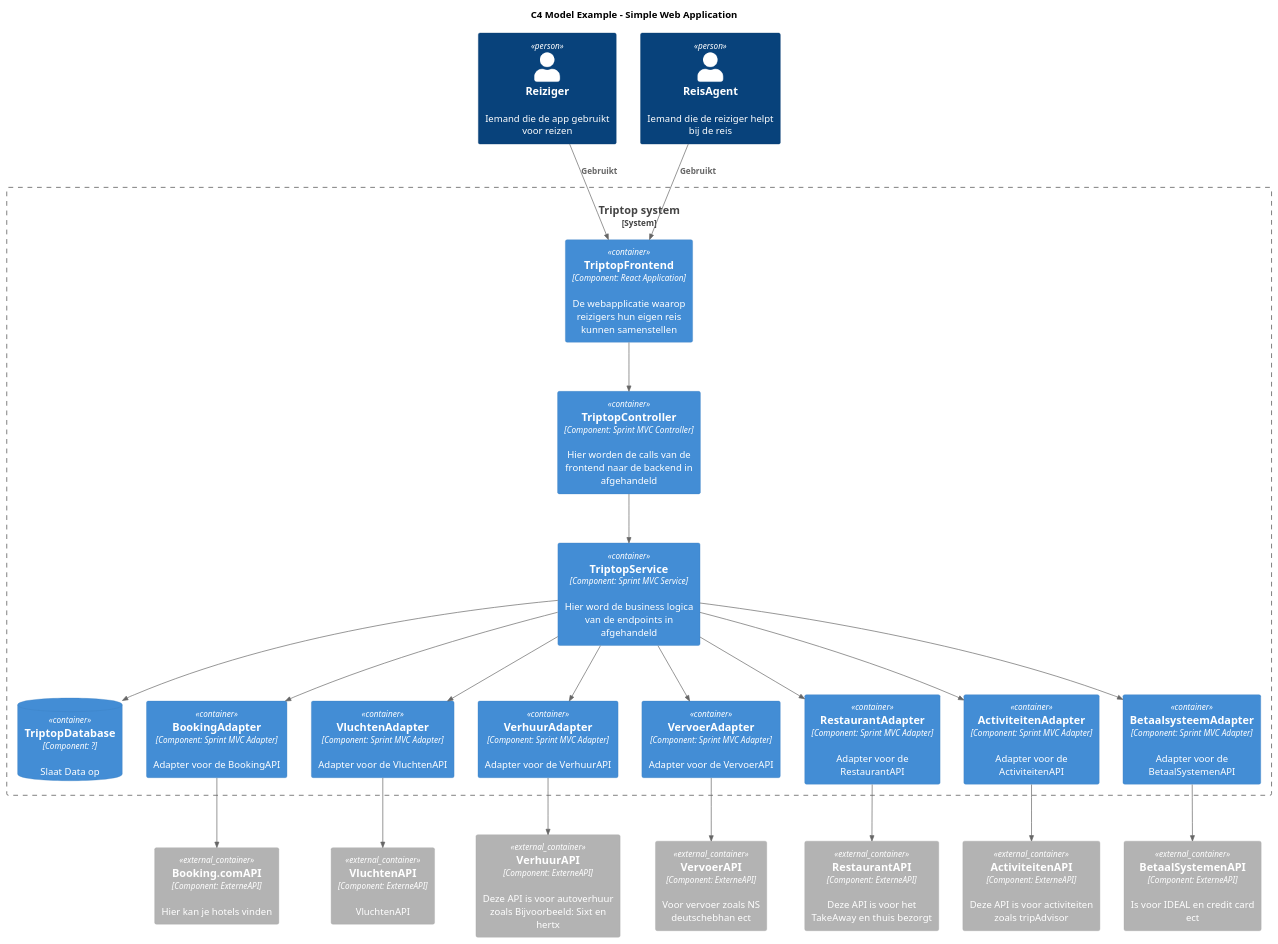
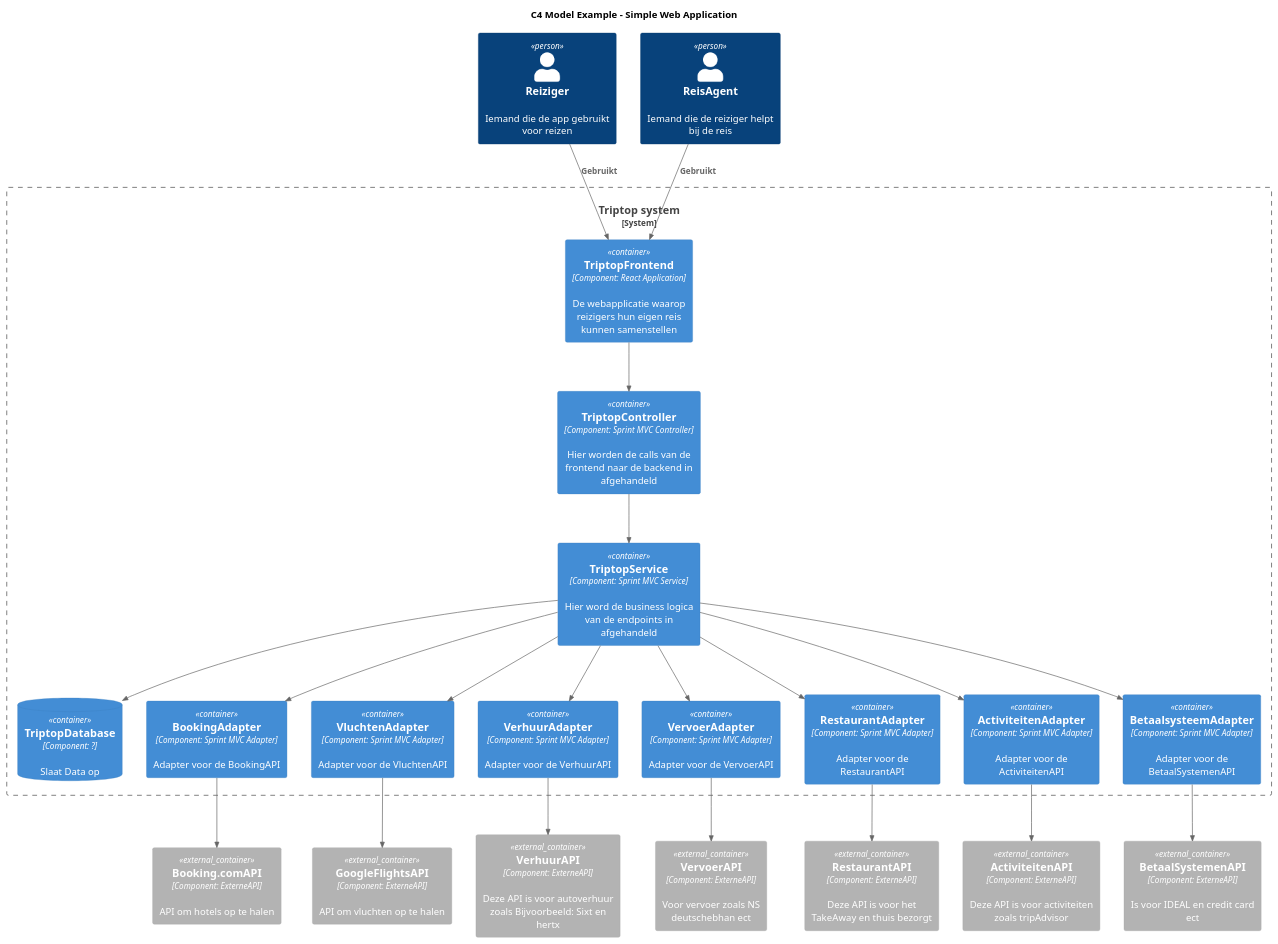
One commit to AIM-ENE-feb25/triptop-peak-performers-groep-1 changed the diagram in opdracht-diagrammen/C4-Diagrammen/C4-Component-Diagram-TripTop-Jamiro.puml. Above: the diagram before and after it, drawn with PlantUML. The commit also changed 7 other files, not shown here.

```diff
--- a/opdracht-diagrammen/C4-Diagrammen/C4-Component-Diagram-TripTop-Jamiro.puml
+++ b/opdracht-diagrammen/C4-Diagrammen/C4-Component-Diagram-TripTop-Jamiro.puml
@@ -1,87 +1,87 @@
 @startuml
 !include <C4/C4_Container>
 
 title C4 Model Example - Simple Web Application
 
 Person(Reiziger, "Reiziger", "Iemand die de app gebruikt voor reizen")
 Person(ReisAgent, "ReisAgent", "Iemand die de reiziger helpt bij de reis")
 
 
 
 System_Boundary(c3, Triptop system) {
 'frontend
 Container(TriptopFrontend,TriptopFrontend,Component: React Application,De webapplicatie waarop reizigers hun eigen reis kunnen samenstellen)
 
 'backend
 'controller
 Container(TriptopController,TriptopController,Component: Sprint MVC Controller, Hier worden de calls van de frontend naar de backend in afgehandeld)
 'service
 Container(TriptopService,TriptopService,Component: Sprint MVC Service,Hier word de business logica van de endpoints in afgehandeld)
 
 'database
 ContainerDb(db, TriptopDatabase, Component: ? , Slaat Data op)
 
 'Externe API Adapters
 Container(BookingAdapter,BookingAdapter,Component: Sprint MVC Adapter,Adapter voor de BookingAPI)
 Container(VluchtenAdapter,VluchtenAdapter,Component: Sprint MVC Adapter,Adapter voor de VluchtenAPI)
 Container(VerhuurAdapter,VerhuurAdapter,Component: Sprint MVC Adapter,Adapter voor de VerhuurAPI)
 Container(VervoerAdapter,VervoerAdapter,Component: Sprint MVC Adapter,Adapter voor de VervoerAPI)
 Container(RestaurantAdapter,RestaurantAdapter,Component: Sprint MVC Adapter,Adapter voor de RestaurantAPI)
 Container(ActiviteitenAdapter,ActiviteitenAdapter,Component: Sprint MVC Adapter,Adapter voor de ActiviteitenAPI)
 Container(BetaalsysteemAdapter,BetaalsysteemAdapter,Component: Sprint MVC Adapter,Adapter voor de BetaalSystemenAPI)
 }
 
 
 
 'Externe API's
-Container_Ext(Booking.comAPI, Booking.comAPI,Component: ExterneAPI,"Hier kan je hotels vinden")
-Container_Ext(VluchtenAPI, VluchtenAPI,Component: ExterneAPI,VluchtenAPI)
+Container_Ext(Booking.comAPI, Booking.comAPI,Component: ExterneAPI,API om hotels op te halen)
+Container_Ext(VluchtenAPI, GoogleFlightsAPI,Component: ExterneAPI,API om vluchten op te halen)
 Container_Ext(VerhuurAPI, "VerhuurAPI",Component: ExterneAPI,"Deze API is voor autoverhuur zoals Bijvoorbeeld: Sixt en hertx")
 Container_Ext(RestaurantAPI, RestaurantAPI,Component: ExterneAPI,"Deze API is voor het TakeAway en thuis bezorgt")
 Container_Ext(ActiviteitenAPI, "ActiviteitenAPI",Component: ExterneAPI,"Deze API is voor activiteiten zoals tripAdvisor")
 Container_Ext(BetaalSystemenAPI, "BetaalSystemenAPI",Component: ExterneAPI,"Is voor IDEAL en credit card ect")
 Container_Ext(VervoerAPI, "VervoerAPI",Component: ExterneAPI,"Voor vervoer zoals NS deutschebhan ect")
 
 
 
 
 
 
 'Relaties gebruikers
 Rel(Reiziger,TriptopFrontend, "Gebruikt")
 Rel("ReisAgent",TriptopFrontend, "Gebruikt")
 
 'frontend -> controller
 Rel(TriptopFrontend,TriptopController,)
 
 'controller -> service
 Rel(TriptopController,TriptopService,)
 
 'service -> database
 Rel(TriptopService,db,)
 
 'backend -> adapters
 Rel(TriptopService,BookingAdapter,)
 Rel(TriptopService,VluchtenAdapter,)
 Rel(TriptopService,VerhuurAdapter,)
 Rel(TriptopService,RestaurantAdapter,)
 Rel(TriptopService,ActiviteitenAdapter,)
 Rel(TriptopService,BetaalsysteemAdapter,)
 Rel(TriptopService,VervoerAdapter,)
 
 'adapter -> api
 Rel(BookingAdapter,Booking.comAPI,)
 Rel(VluchtenAdapter,VluchtenAPI,)
 Rel(VerhuurAdapter,VerhuurAPI,)
 Rel(VervoerAdapter,VervoerAPI,)
 Rel(RestaurantAdapter,RestaurantAPI,)
 Rel(ActiviteitenAdapter,ActiviteitenAPI,)
 Rel(BetaalsysteemAdapter,BetaalSystemenAPI,)
 
 
 
 
 
 
 
 @enduml
```
